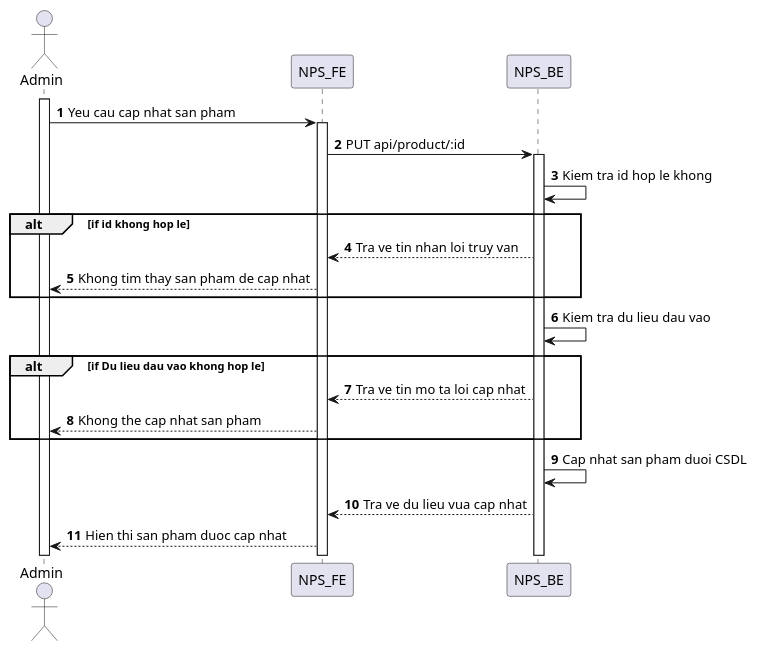
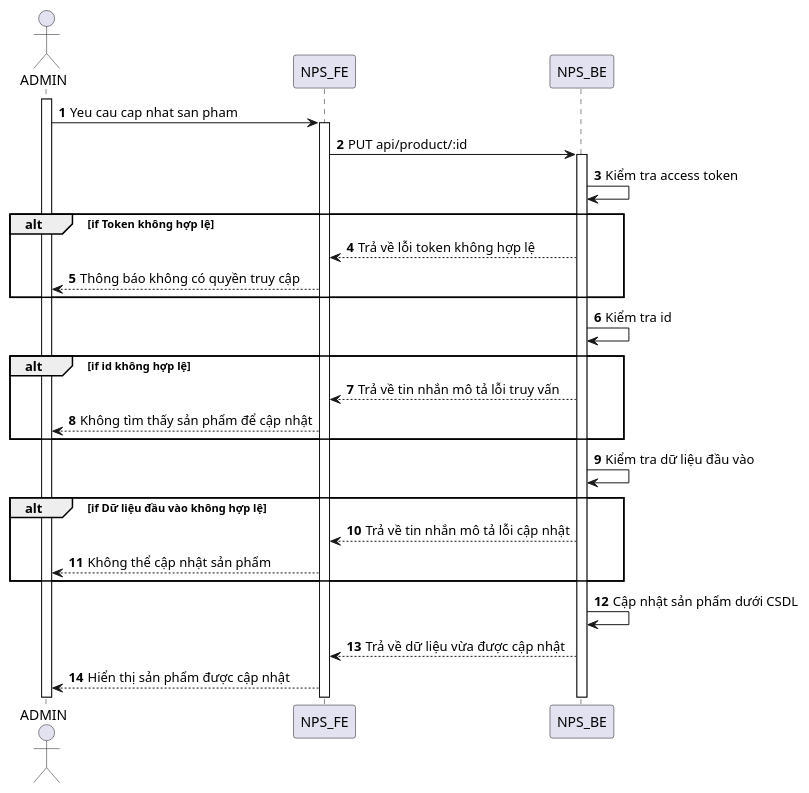
One commit to congdanh0101/fast-food changed the diagram in SequenceDiagram/Product/update-product.puml. Above: the diagram before and after it, drawn with PlantUML. The commit also changed 144 other files, not shown here.

Commit message:
update seq diagram

```diff
--- a/SequenceDiagram/Product/update-product.puml
+++ b/SequenceDiagram/Product/update-product.puml
@@ -1,30 +1,38 @@
 @startuml
 autonumber
-actor Admin
+actor ADMIN
 
-activate Admin
+activate ADMIN
 
-Admin -> NPS_FE: Yeu cau cap nhat san pham
+ADMIN -> NPS_FE: Yeu cau cap nhat san pham
 activate NPS_FE
 
 NPS_FE -> NPS_BE: PUT api/product/:id
 activate NPS_BE
-NPS_BE -> NPS_BE: Kiem tra id hop le khong
 
-alt if id khong hop le
-NPS_BE --> NPS_FE: Tra ve tin nhan loi truy van
-NPS_FE --> Admin:Khong tim thay san pham de cap nhat
+NPS_BE -> NPS_BE: Kiểm tra access token
+
+alt if Token không hợp lệ
+NPS_BE --> NPS_FE: Trả về lỗi token không hợp lệ
+NPS_FE --> ADMIN: Thông báo không có quyền truy cập
 end
 
-NPS_BE -> NPS_BE: Kiem tra du lieu dau vao
+NPS_BE -> NPS_BE: Kiểm tra id
 
-alt if Du lieu dau vao khong hop le
-NPS_BE --> NPS_FE: Tra ve tin mo ta loi cap nhat
-NPS_FE --> Admin: Khong the cap nhat san pham
+alt if id không hợp lệ
+NPS_BE --> NPS_FE: Trả về tin nhắn mô tả lỗi truy vấn
+NPS_FE --> ADMIN:Không tìm thấy sản phẩm để cập nhật
 end
 
-NPS_BE->NPS_BE: Cap nhat san pham duoi CSDL
-NPS_BE --> NPS_FE: Tra ve du lieu vua cap nhat
-NPS_FE --> Admin: Hien thi san pham duoc cap nhat
+NPS_BE -> NPS_BE: Kiểm tra dữ liệu đầu vào
+
+alt if Dữ liệu đầu vào không hợp lệ
+NPS_BE --> NPS_FE: Trả về tin nhắn mô tả lỗi cập nhật
+NPS_FE --> ADMIN: Không thể cập nhật sản phẩm
+end
+
+NPS_BE->NPS_BE: Cập nhật sản phẩm dưới CSDL
+NPS_BE --> NPS_FE: Trả về dữ liệu vừa được cập nhật
+NPS_FE --> ADMIN: Hiển thị sản phẩm được cập nhật
 
 @enduml
```
